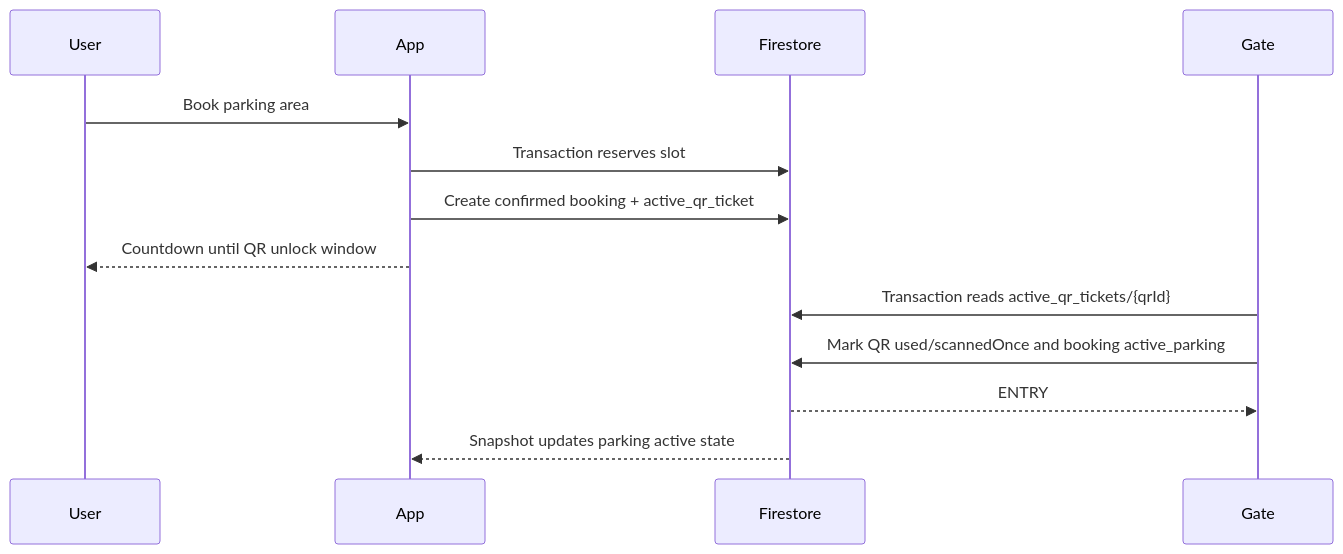
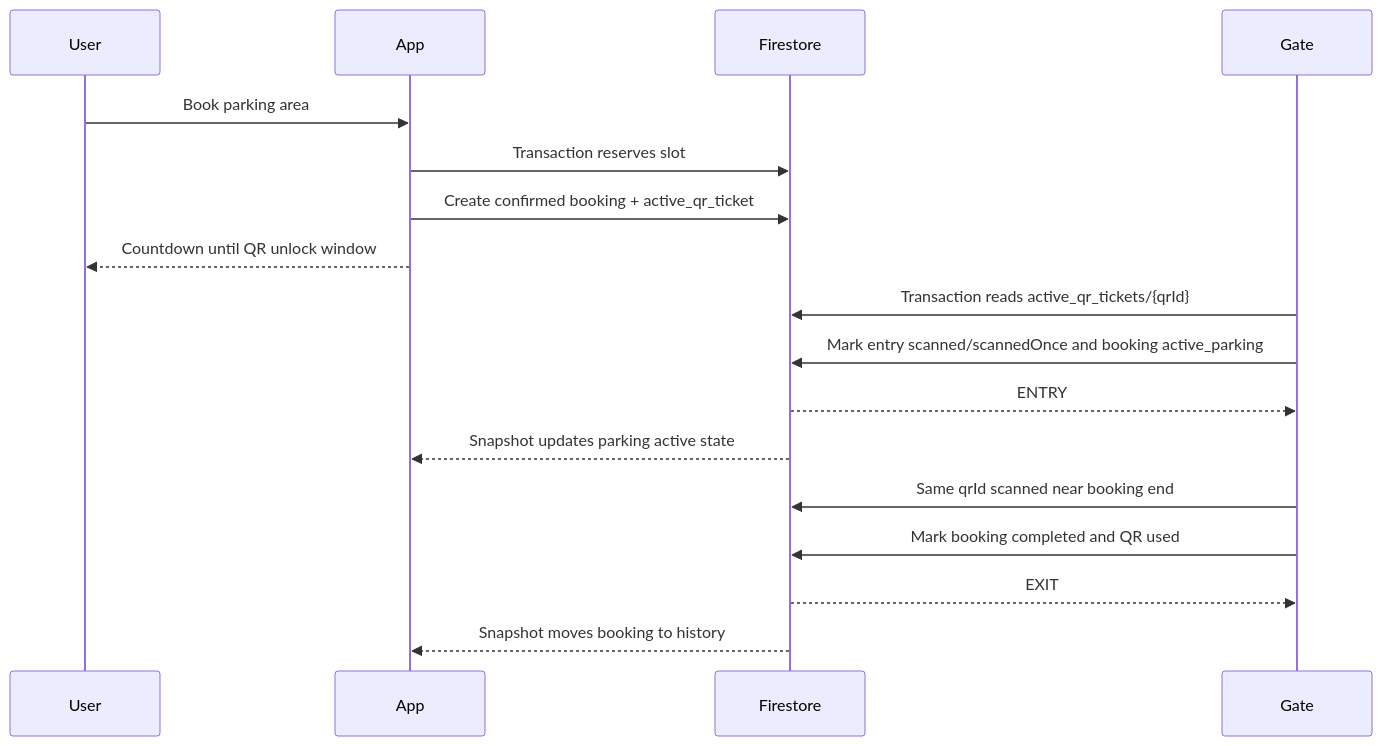
One commit to snehil-pandey/smart-parking-occupancy-system changed the diagram in docs/QR_VERIFICATION_FLOW.md. Above: the diagram before and after it, drawn with Mermaid. The commit also changed other lines of this file and 11 other files, not shown here.

Commit message:
fix(user): align QR UI with entry exit scan lifecycle

````diff
--- a/docs/QR_VERIFICATION_FLOW.md
+++ b/docs/QR_VERIFICATION_FLOW.md
@@ -49,16 +50,20 @@
 ```mermaid
 sequenceDiagram
   participant User
   participant App
   participant Firestore
   participant Gate
 
   User->>App: Book parking area
   App->>Firestore: Transaction reserves slot
   App->>Firestore: Create confirmed booking + active_qr_ticket
   App-->>User: Countdown until QR unlock window
   Gate->>Firestore: Transaction reads active_qr_tickets/{qrId}
-  Gate->>Firestore: Mark QR used/scannedOnce and booking active_parking
+  Gate->>Firestore: Mark entry scanned/scannedOnce and booking active_parking
   Firestore-->>Gate: ENTRY
   Firestore-->>App: Snapshot updates parking active state
+  Gate->>Firestore: Same qrId scanned near booking end
+  Gate->>Firestore: Mark booking completed and QR used
+  Firestore-->>Gate: EXIT
+  Firestore-->>App: Snapshot moves booking to history
 ```
````
